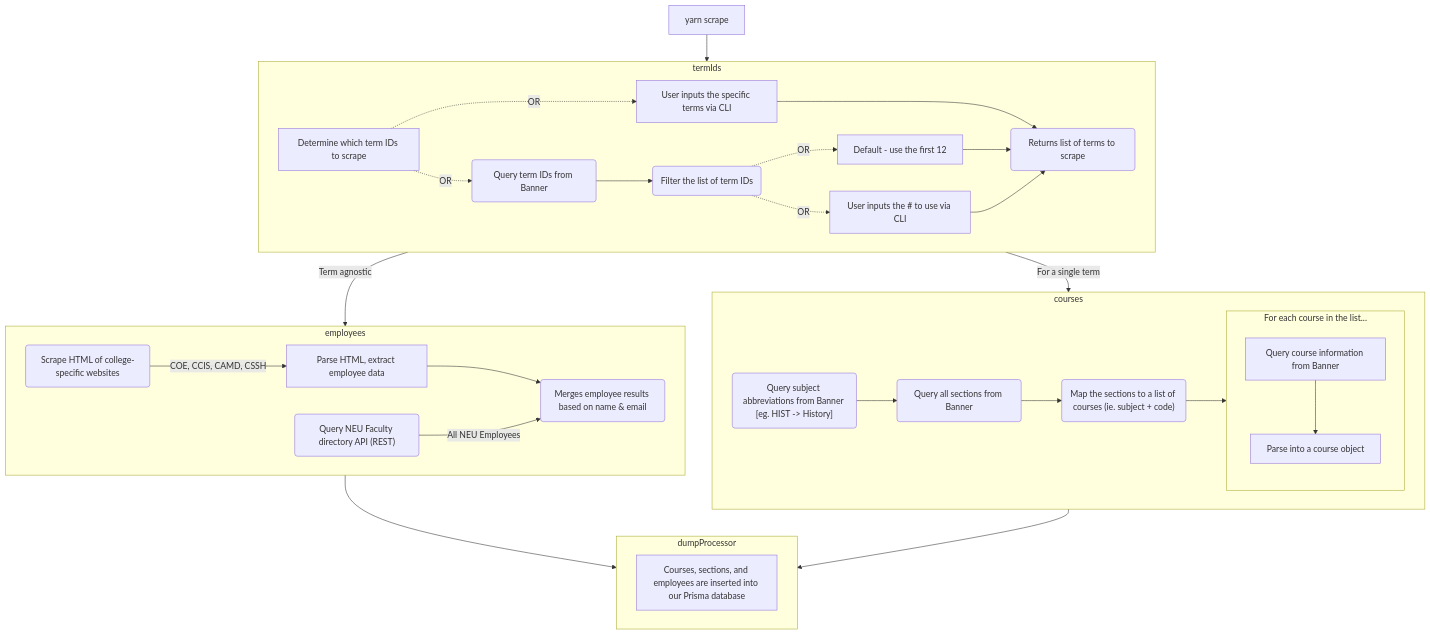
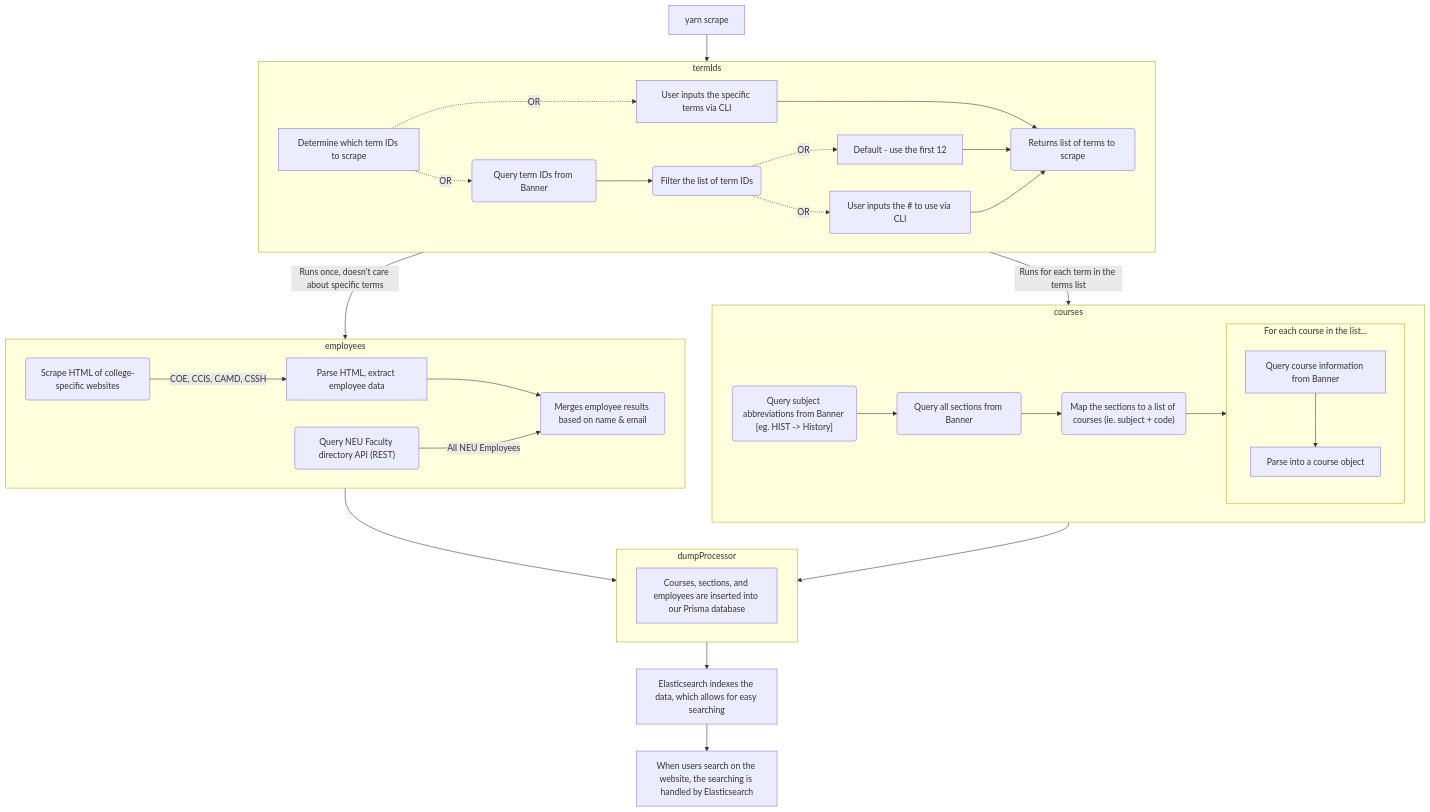
One commit to sandboxnu/course-catalog-api changed the second of 2 diagrams in README.md. Above: the diagram before and after it, drawn with Mermaid. The commit also changed other lines of this file, not shown here.

````diff
--- a/README.md
+++ b/README.md
@@ -33,46 +33,48 @@
 ```mermaid
 flowchart TD
   A[yarn scrape] --> termIds
   subgraph termIds
     TERM_A[Determine which term IDs to scrape]
     TERM_A -.->|OR| TERM_F[User inputs the specific terms via CLI]
     TERM_F ---> TERM_DONE
     TERM_A -.->|OR| TERM_B(Query term IDs from Banner)
     TERM_B --> TERM_C("Filter the list of term IDs")
     TERM_C -.->|OR| TERM_D[Default - use the first 12]
     TERM_C -.->|OR| TERM_D2[User inputs the # to use via CLI]
     TERM_DONE(Returns list of terms to scrape)
     TERM_D --> TERM_DONE
     TERM_D2 --> TERM_DONE
   end
 
   subgraph employees
     EMP_F(Scrape HTML of college-specific websites)
     EMP_F -->|COE, CCIS, CAMD, CSSH| EMP_F2[Parse HTML, extract employee data]
     EMP_G("Query NEU Faculty directory API (REST)")
     EMP_F2 --> EMP_H(Merges employee results based on name & email)
     EMP_G -->|All NEU Employees| EMP_H
 
   end
   subgraph courses
     I("Query subject abbreviations from Banner [eg. HIST -> History]")
     I --> J(Query all sections from Banner)
     J --> J2("Map the sections to a list of courses (ie. subject + code)")
     J2 --> course
     subgraph course[For each course in the list...]
     direction TB
         K[Query course information from Banner]
         K --> L[Parse into a course object]
     end
   end
 
   subgraph dumpProcessor
     DMP_K[Courses, sections, and employees are inserted into our Prisma database]
   end
   
-  termIds -->|Term agnostic| employees
-  termIds -->|For a single term| courses
+  termIds -->|Runs once, doesn't care about specific terms| employees
+  termIds -->|Runs for each term in the terms list| courses
 
     employees --> dumpProcessor
     courses --> dumpProcessor
+    dumpProcessor --> ES["Elasticsearch indexes the data, which allows for easy searching"]
+    ES --> DONE["When users search on the website, the searching is handled by Elasticsearch"]
 ```
````
